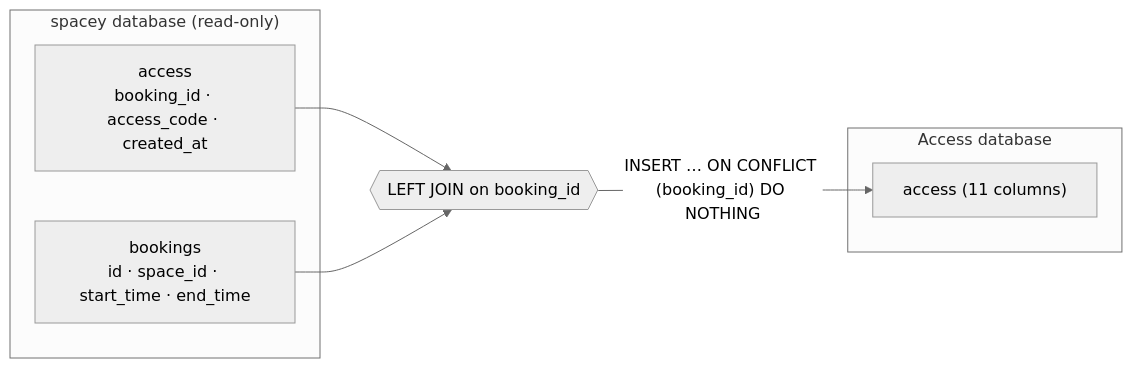
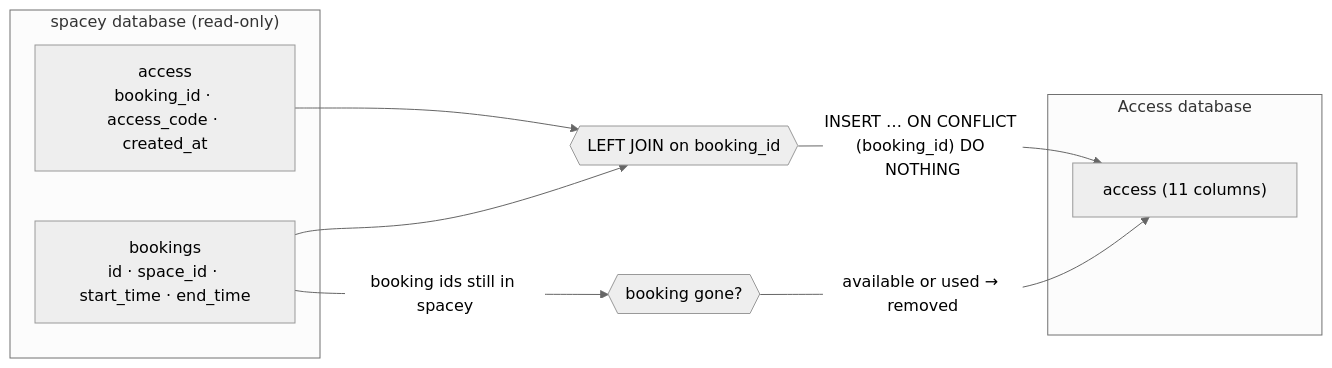
The diagram in docs/production-data-migration.md (cs403bkk-2026/spacey-access), drawn with Mermaid (neutral theme) before and after one commit. The commit also changed other lines of this file and 2 other files, not shown here.

````diff
--- a/docs/production-data-migration.md
+++ b/docs/production-data-migration.md
@@ -9,13 +9,15 @@
 ```mermaid
 flowchart LR
     subgraph SRC["spacey database (read-only)"]
         SA["access<br/>booking_id · access_code · created_at"]
         SB["bookings<br/>id · space_id · start_time · end_time"]
     end
     subgraph TGT["Access database"]
         TA["access (11 columns)"]
     end
     SA --> J{{"LEFT JOIN on booking_id"}}
     SB --> J
     J -->|"INSERT … ON CONFLICT (booking_id) DO NOTHING"| TA
+    SB -->|"booking ids still in spacey"| R{{"booking gone?"}}
+    R -->|"available or used → removed"| TA
 ```
````
